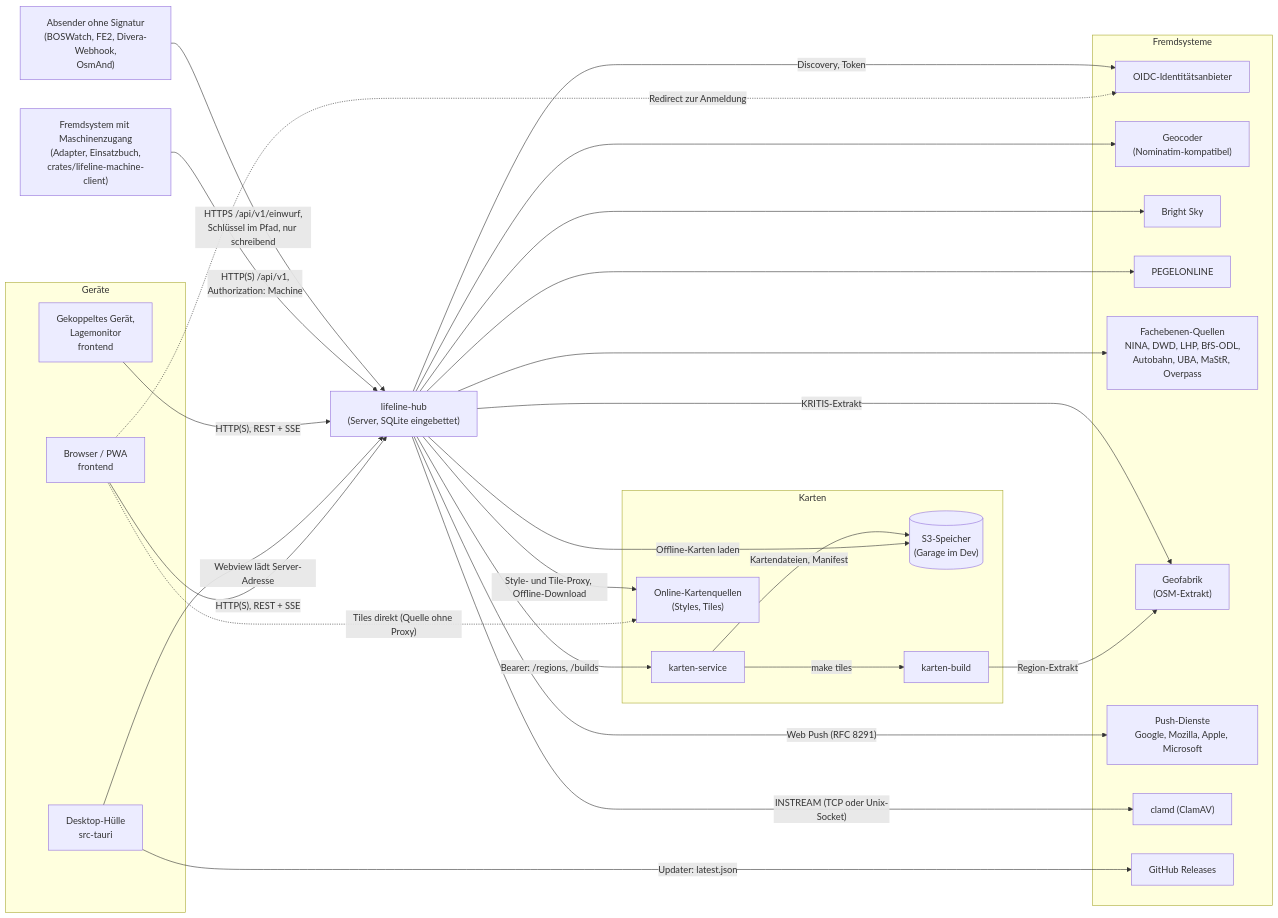
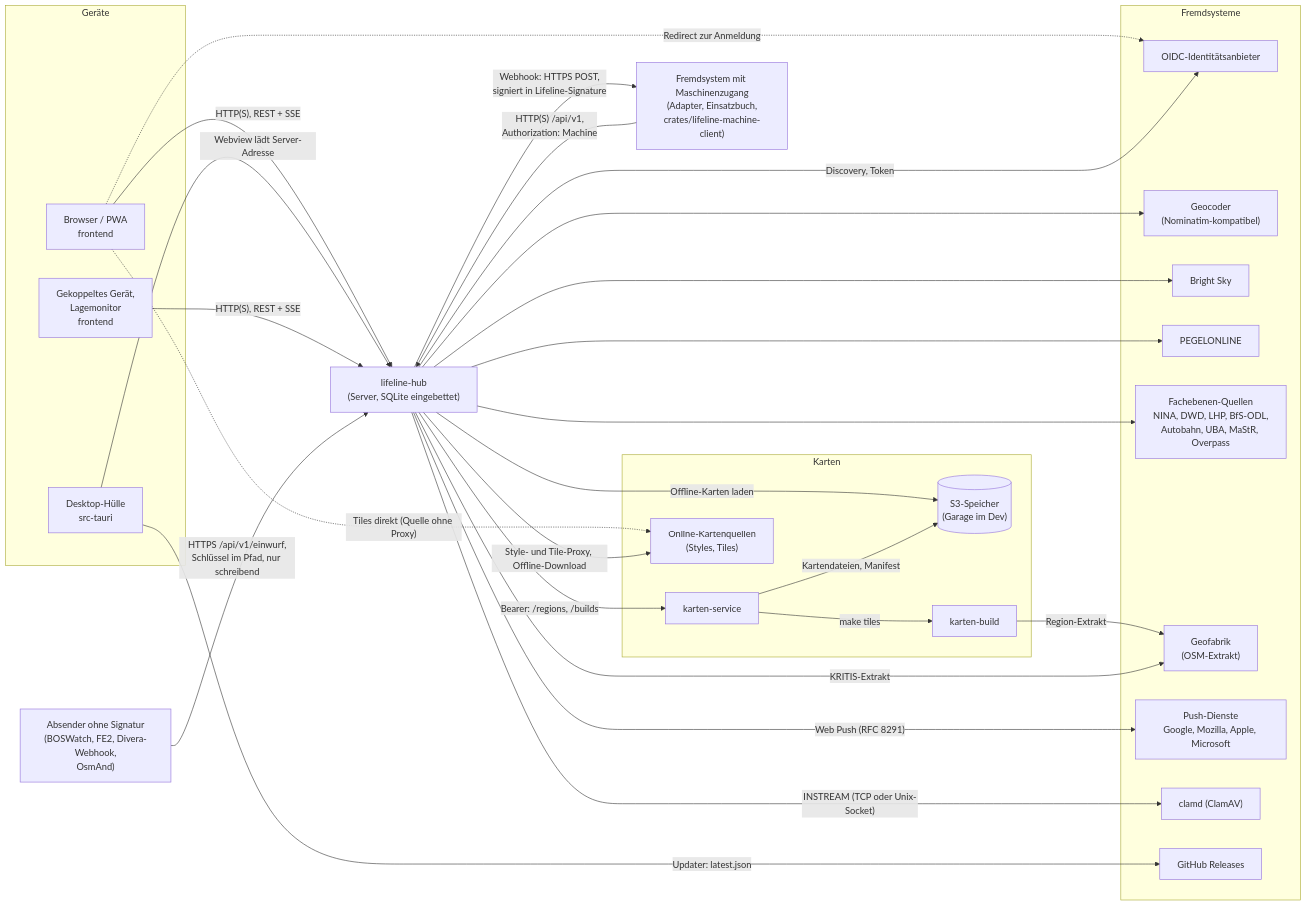
Before and after one commit to rubenvitt/lifeline-hub: the diagram in docs/architektur/03-kontextabgrenzung.md, drawn with Mermaid. The commit also changed other lines of this file and 7 other files, not shown here.

````diff
--- a/docs/architektur/03-kontextabgrenzung.md
+++ b/docs/architektur/03-kontextabgrenzung.md
@@ -28,56 +28,57 @@
 ```mermaid
 flowchart LR
   subgraph geraete["Geräte"]
     browser["Browser / PWA<br/>frontend"]
     huelle["Desktop-Hülle<br/>src-tauri"]
     geraet["Gekoppeltes Gerät,<br/>Lagemonitor<br/>frontend"]
   end
 
   maschine["Fremdsystem mit Maschinenzugang<br/>(Adapter, Einsatzbuch,<br/>crates/lifeline-machine-client)"]
   absender["Absender ohne Signatur<br/>(BOSWatch, FE2, Divera-Webhook,<br/>OsmAnd)"]
 
   hub["lifeline-hub<br/>(Server, SQLite eingebettet)"]
 
   subgraph karten["Karten"]
     ks["karten-service"]
     s3[("S3-Speicher<br/>(Garage im Dev)")]
     kb["karten-build"]
     online["Online-Kartenquellen<br/>(Styles, Tiles)"]
   end
 
   subgraph fremd["Fremdsysteme"]
     idp["OIDC-Identitätsanbieter"]
     nominatim["Geocoder<br/>(Nominatim-kompatibel)"]
     brightsky["Bright Sky"]
     pegel["PEGELONLINE"]
     fach["Fachebenen-Quellen<br/>NINA, DWD, LHP, BfS-ODL,<br/>Autobahn, UBA, MaStR, Overpass"]
     geofabrik["Geofabrik<br/>(OSM-Extrakt)"]
     push["Push-Dienste<br/>Google, Mozilla, Apple, Microsoft"]
     clamd["clamd (ClamAV)"]
     gh["GitHub Releases"]
   end
 
   browser -- "HTTP(S), REST + SSE" --> hub
   huelle -- "Webview lädt Server-Adresse" --> hub
   geraet -- "HTTP(S), REST + SSE" --> hub
   maschine -- "HTTP(S) /api/v1,<br/>Authorization: Machine" --> hub
   absender -- "HTTPS /api/v1/einwurf,<br/>Schlüssel im Pfad, nur schreibend" --> hub
   browser -. "Redirect zur Anmeldung" .-> idp
   browser -. "Tiles direkt (Quelle ohne Proxy)" .-> online
   huelle -- "Updater: latest.json" --> gh
 
   hub -- "Discovery, Token" --> idp
   hub -- "Style- und Tile-Proxy, Offline-Download" --> online
   hub -- "Bearer: /regions, /builds" --> ks
   hub -- "Offline-Karten laden" --> s3
   ks -- "Kartendateien, Manifest" --> s3
   ks -- "make tiles" --> kb
   kb -- "Region-Extrakt" --> geofabrik
   hub --> nominatim
   hub --> brightsky
   hub --> pegel
   hub --> fach
   hub -- "KRITIS-Extrakt" --> geofabrik
   hub -- "Web Push (RFC 8291)" --> push
+  hub -- "Webhook: HTTPS POST,<br/>signiert in Lifeline-Signature" --> maschine
   hub -- "INSTREAM (TCP oder Unix-Socket)" --> clamd
 ```
````
